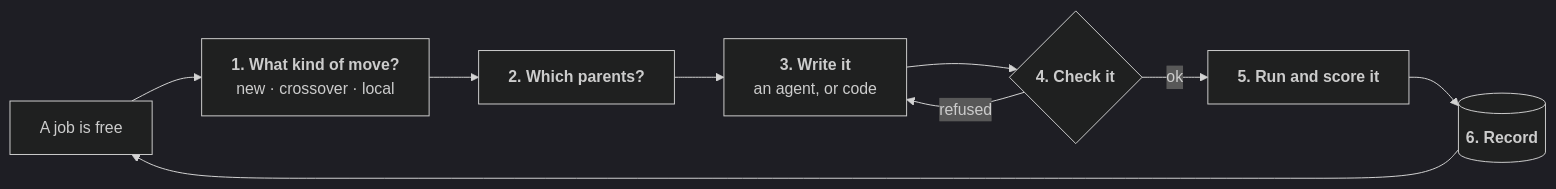
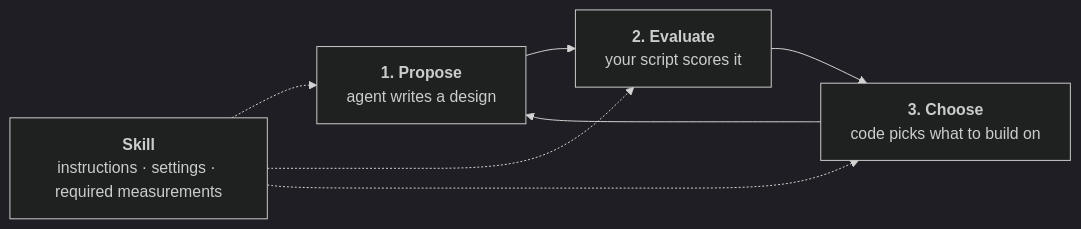
One commit to cameo-db/evoloop changed the diagram in docs/how-it-works.md. Above: the diagram before and after it, drawn with Mermaid (dark theme). The commit also changed other lines of this file and 45 other files, not shown here.

````diff
--- a/docs/how-it-works.md
+++ b/docs/how-it-works.md
@@ -7,11 +6,10 @@
 ```mermaid
 flowchart LR
-    Slot["A job is free"] --> Schedule["<b>1. What kind of move?</b><br>new · crossover · local"]
-    Schedule --> Strategy["<b>2. Which parents?</b>"]
-    Strategy --> Writer["<b>3. Write it</b><br>an agent, or code"]
-    Writer --> Checks{"<b>4. Check it</b>"}
-    Checks -- refused --> Writer
-    Checks -- ok --> Job["<b>5. Run and score it</b>"]
-    Job --> Records[("<b>6. Record</b>")]
-    Records --> Slot
+    K["<b>Skill</b><br>instructions · settings · required measurements"]
+    P["<b>1. Propose</b><br>agent writes a design"] --> E["<b>2. Evaluate</b><br>your script scores it"]
+    E --> C["<b>3. Choose</b><br>code picks what to build on"]
+    C --> P
+    K -.-> P
+    K -.-> E
+    K -.-> C
 ```
````
